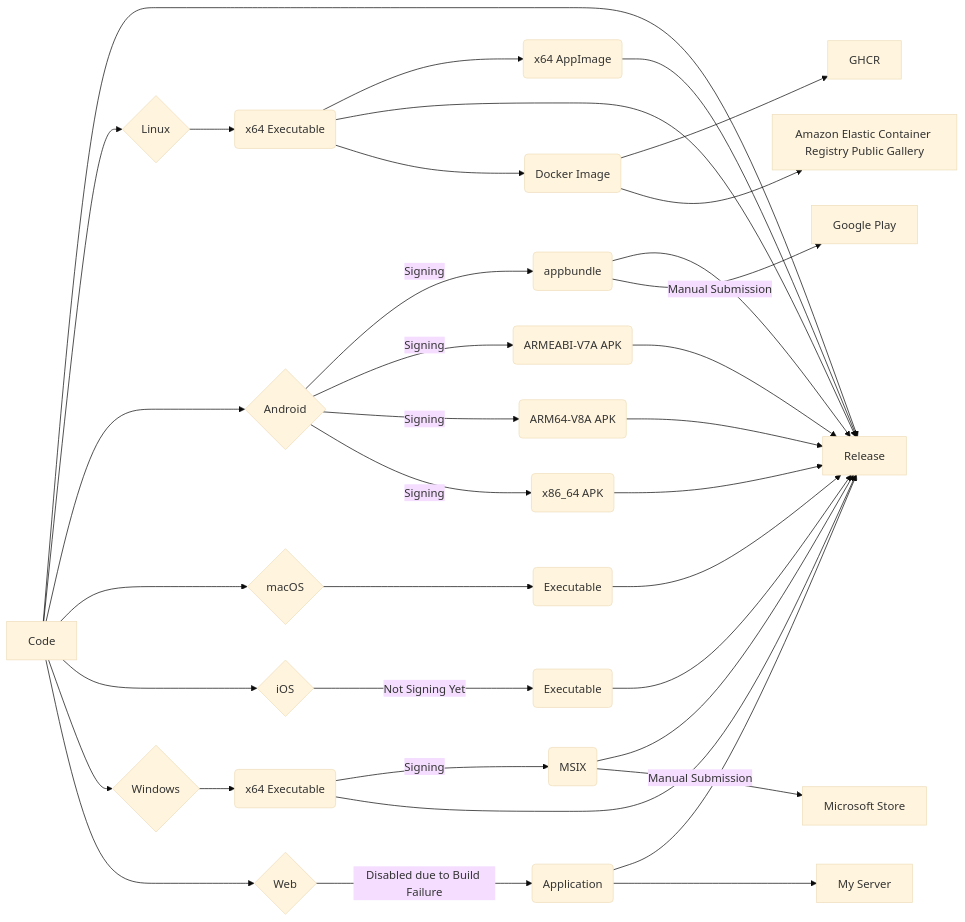
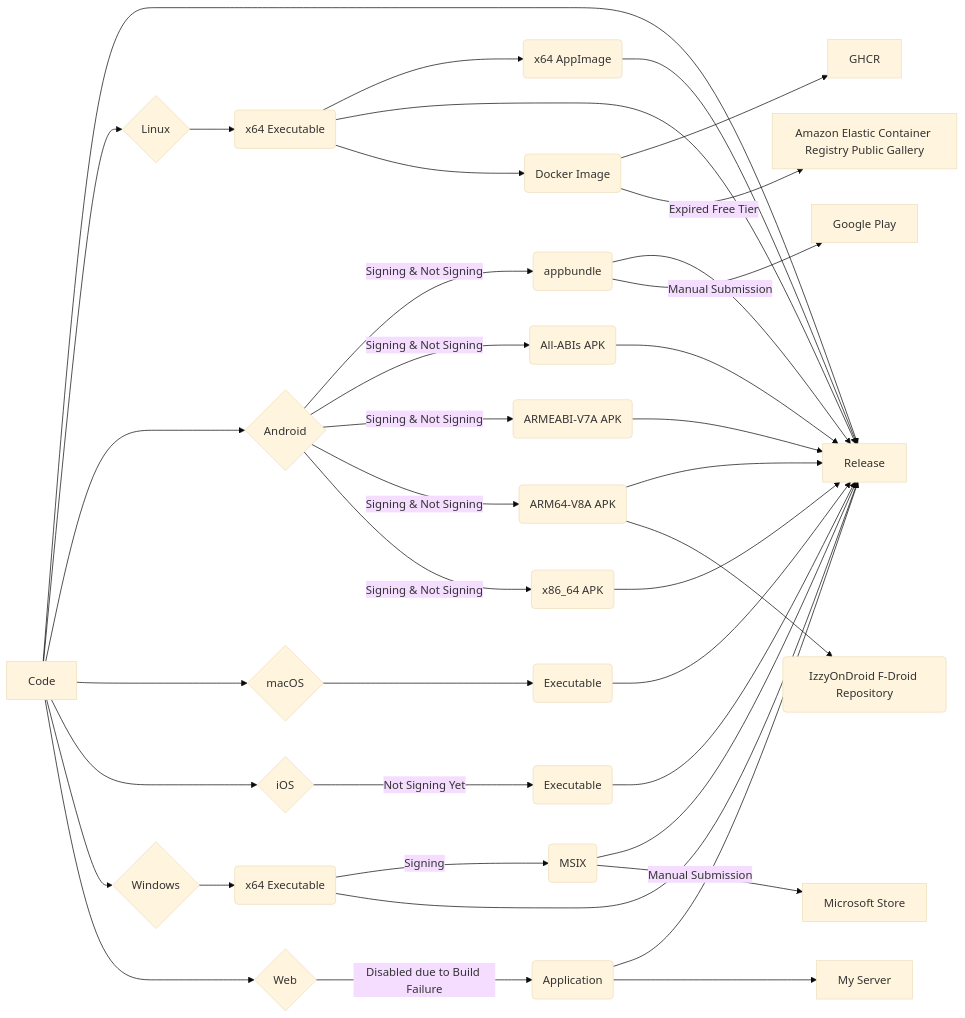
Before and after one commit to bitscoper/bitscoper_cyberkit: the diagram in README.md, drawn with Mermaid (base theme). The commit also changed other lines of this file, not shown here.

Commit message:
Corrected & Updated README.

````diff
--- a/README.md
+++ b/README.md
@@ -224,45 +224,48 @@
 ```mermaid
 flowchart LR
 
 Code --> Release[Release]
 
 Code[Code] --> Linux{Linux}
 Linux --> Linux_x64_Executable(x64 Executable)
 Linux_x64_Executable --> Linux_x64_AppImage(x64 AppImage)
 Linux_x64_Executable --> Release[Release]
 Linux_x64_AppImage --> Release[Release]
 Linux_x64_Executable --> Linux_Docker_Image(Docker Image)
 Linux_Docker_Image --> GHCR[GHCR]
-Linux_Docker_Image --> Amazon_ECR_Public_Gallery[Amazon Elastic Container Registry Public Gallery]
+Linux_Docker_Image --> |Expired Free Tier| Amazon_ECR_Public_Gallery[Amazon Elastic Container Registry Public Gallery]
 
 Code --> Android{Android}
-Android --> |Signing| Android_appbundle(appbundle)
-Android --> |Signing| Android_ARMEABI_V7A_APK(ARMEABI-V7A APK)
-Android --> |Signing| Android_ARM64_V8A_APK(ARM64-V8A APK)
-Android --> |Signing| Android_x86_64_APK(x86_64 APK)
+Android --> |Signing & Not Signing| Android_appbundle(appbundle)
+Android --> |Signing & Not Signing| Android_All_ABIs_APK(All-ABIs APK)
+Android --> |Signing & Not Signing| Android_ARMEABI_V7A_APK(ARMEABI-V7A APK)
+Android --> |Signing & Not Signing| Android_ARM64_V8A_APK(ARM64-V8A APK)
+Android --> |Signing & Not Signing| Android_x86_64_APK(x86_64 APK)
 Android_appbundle --> Release[Release]
+Android_All_ABIs_APK --> Release[Release]
 Android_x86_64_APK --> Release[Release]
 Android_ARM64_V8A_APK --> Release[Release]
 Android_ARMEABI_V7A_APK --> Release[Release]
+Android_ARM64_V8A_APK --> IzzyOnDroid_FDroid_Repository(IzzyOnDroid F-Droid Repository)
 Android_appbundle --> |Manual Submission| Google_Play[Google Play]
 
 Code --> macOS{macOS}
 macOS --> macOS_Executable(Executable)
 macOS_Executable --> Release[Release]
 
 Code --> iOS{iOS}
 iOS --> |Not Signing Yet| iOS_Executable(Executable)
 iOS_Executable --> Release[Release]
 
 Code --> Windows{Windows}
 Windows --> Windows_x64_Executable(x64 Executable)
 Windows_x64_Executable --> |Signing| Windows_MSIX(MSIX)
 Windows_x64_Executable --> Release[Release]
 Windows_MSIX --> Release[Release]
 Windows_MSIX --> |Manual Submission| Microsoft_Store[Microsoft Store]
 
 Code --> Web{Web}
 Web --> |Disabled due to Build Failure| Web_Application(Application)
 Web_Application --> Release[Release]
 Web_Application --> My_Server[My Server]
 ```
````
